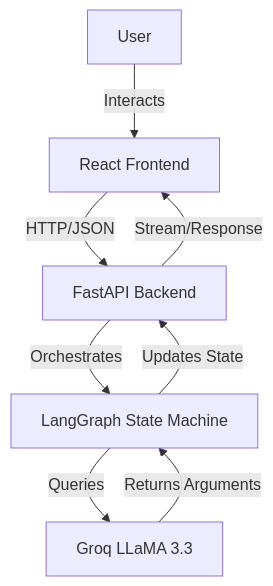
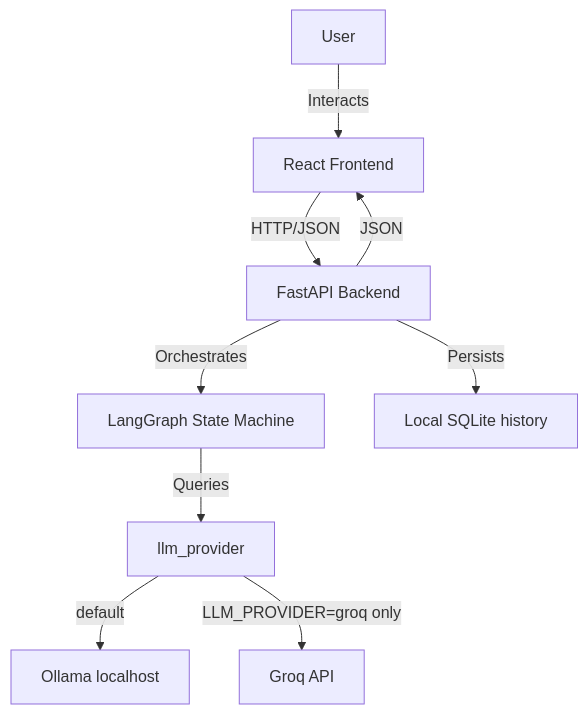
One commit to aryan-dani/debate-bot changed the diagram in docs/architecture.md. Above: the diagram before and after it, drawn with Mermaid. The commit also changed other lines of this file and 24 other files, not shown here.

First line of the commit message:
Run debate practice on local Ollama with a friend coaching mode.

````diff
--- a/docs/architecture.md
+++ b/docs/architecture.md
@@ -7,10 +7,11 @@
 ```mermaid
 graph TD
     User[User] -->|Interacts| Frontend[React Frontend]
     Frontend -->|HTTP/JSON| Backend[FastAPI Backend]
     Backend -->|Orchestrates| Graph[LangGraph State Machine]
-    Graph -->|Queries| LLM[Groq LLaMA 3.3]
-    LLM -->|Returns Arguments| Graph
-    Graph -->|Updates State| Backend
-    Backend -->|Stream/Response| Frontend
+    Graph -->|Queries| Provider[llm_provider]
+    Provider -->|default| Ollama[Ollama localhost]
+    Provider -->|LLM_PROVIDER=groq only| Groq[Groq API]
+    Backend -->|Persists| SQLite[Local SQLite history]
+    Backend -->|JSON| Frontend
 ```
````
